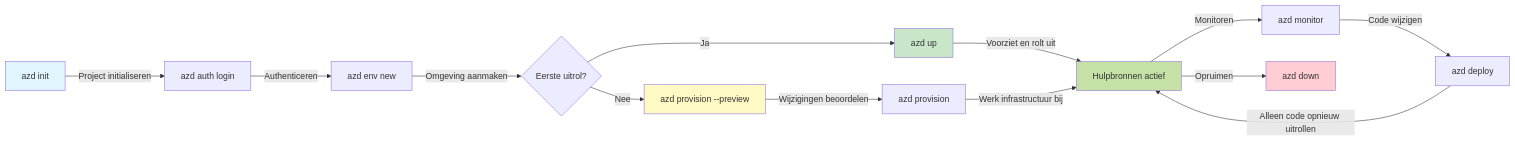
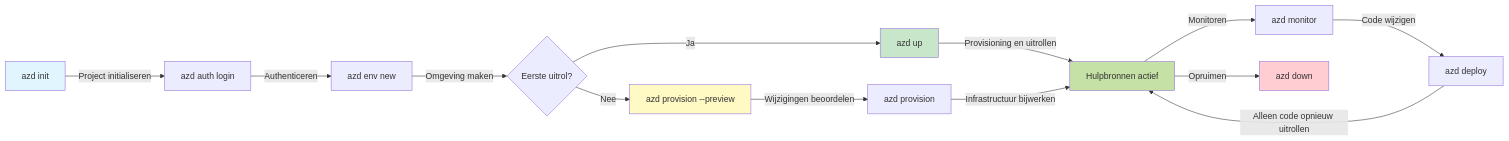
The first of 2 diagrams in translations/nl/docs/chapter-01-foundation/azd-basics.md (microsoft/AZD-for-beginners), drawn with Mermaid before and after one commit. The commit also changed other lines of this file and 101 other files, not shown here.

````diff
--- a/translations/nl/docs/chapter-01-foundation/azd-basics.md
+++ b/translations/nl/docs/chapter-01-foundation/azd-basics.md
@@ -269,21 +269,21 @@
 ```mermaid
 graph LR
     A[azd init] -->|Project initialiseren| B[azd auth login]
     B -->|Authenticeren| C[azd env new]
-    C -->|Omgeving aanmaken| D{Eerste uitrol?}
+    C -->|Omgeving maken| D{Eerste uitrol?}
     D -->|Ja| E[azd up]
     D -->|Nee| F[azd provision --preview]
     F -->|Wijzigingen beoordelen| G[azd provision]
-    E -->|Voorziet en rolt uit| H[Hulpbronnen actief]
-    G -->|Werk infrastructuur bij| H
+    E -->|Provisioning en uitrollen| H[Hulpbronnen actief]
+    G -->|Infrastructuur bijwerken| H
     H -->|Monitoren| I[azd monitor]
     I -->|Code wijzigen| J[azd deploy]
     J -->|Alleen code opnieuw uitrollen| H
     H -->|Opruimen| K[azd down]
     
     style A fill:#e1f5fe
     style E fill:#c8e6c9
     style F fill:#fff9c4
     style H fill:#c5e1a5
     style K fill:#ffcdd2
 ```
````
